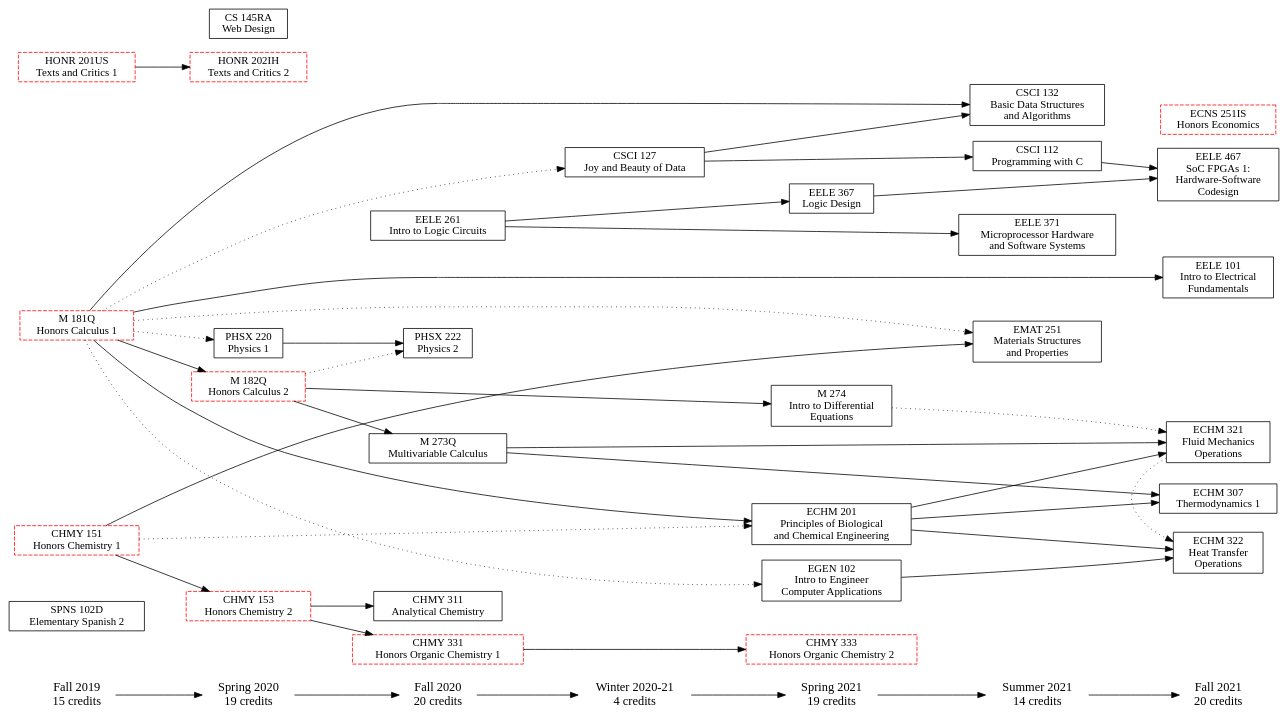
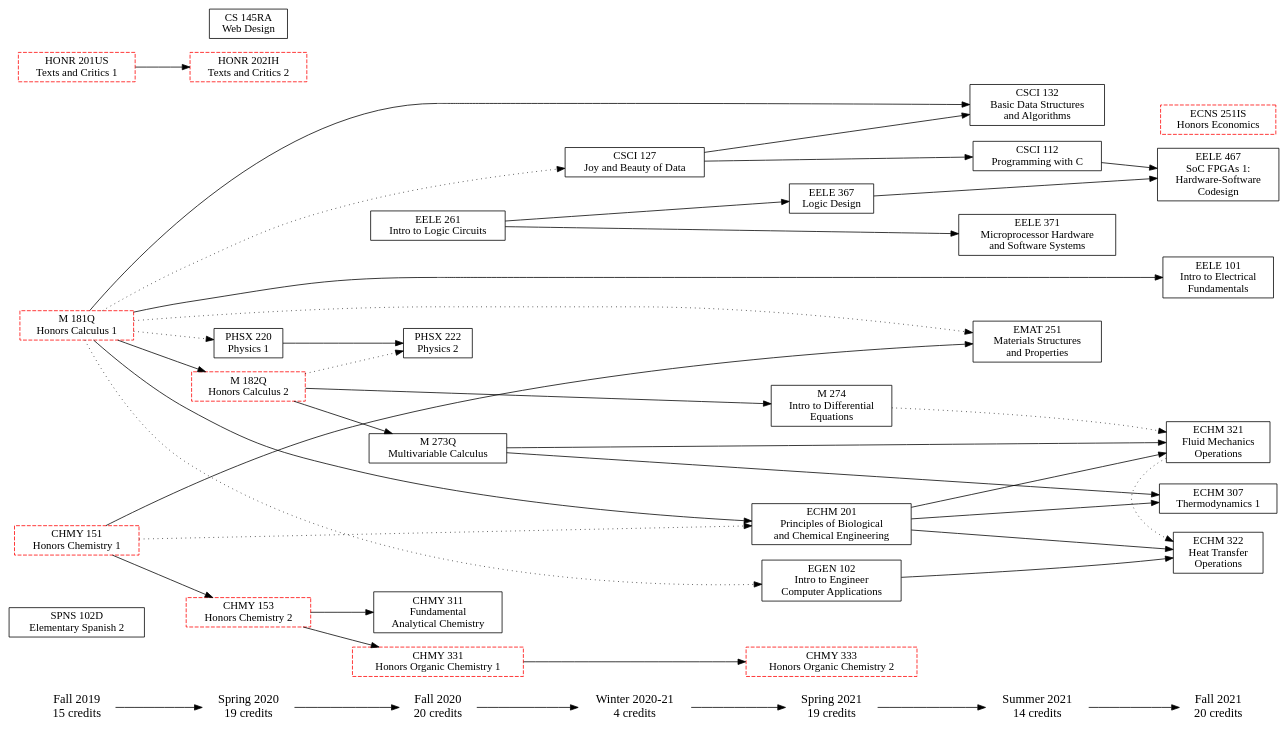
The diagram in graph.gv (w-culhane/courses-flowchart), drawn with Graphviz before and after one commit.

Commit message:
Tweak course label

```diff
--- a/graph.gv
+++ b/graph.gv
@@ -1,125 +1,125 @@
 digraph courses {
     ranksep=.75; rankdir=LR;
 
     {node [shape=plaintext,fontsize=16];
         "Fall 2019" -> "Spring 2020" -> "Fall 2020" -> "Winter 2020-21"
         -> "Spring 2021" -> "Summer 2021" -> "Fall 2021";
     }
 
     "Fall 2019" [label="\N\n15 credits"]
     "Spring 2020" [label="\N\n19 credits"]
     "Fall 2020" [label="\N\n20 credits"]
     "Winter 2020-21" [label="\N\n4 credits"]
     "Spring 2021" [label="\N\n19 credits"]
     "Summer 2021" [label="\N\n14 credits"]
     "Fall 2021" [label="\N\n20 credits"]
 
     {node [shape=box];
         { rank = same; "Fall 2019"; "SPNS 102D"; "M 181Q"; "HONR 201US"; "CHMY 151"; }
         { rank = same; "Spring 2020"; "PHSX 220"; "M 182Q"; "HONR 202IH"; "CS 145RA"; "CHMY 153"; }
         { rank = same; "Fall 2020"; "PHSX 222"; "M 273Q"; "EELE 261"; "CHMY 331"; "CHMY 311"; }
         { rank = same; "Winter 2020-21"; "CSCI 127"; }
         { rank = same; "Spring 2021"; "M 274"; "EGEN 102"; "EELE 367"; "ECHM 201"; "CHMY 333"; }
         { rank = same; "Summer 2021"; "EMAT 251"; "EELE 371"; "CSCI 132"; "CSCI 112"; }
         { rank = same; "Fall 2021"; "EELE 467"; "EELE 101"; "ECNS 251IS"; "ECHM 322"; "ECHM 321"; "ECHM 307"; }
     }
 
     // Honors classes
     "CHMY 151"   [color=red,style=dashed]
     "CHMY 153"   [color=red,style=dashed]
     "CHMY 331"   [color=red,style=dashed]
     "CHMY 333"   [color=red,style=dashed]
     "HONR 201US" [color=red,style=dashed]
     "HONR 202IH" [color=red,style=dashed]
     "M 181Q"     [color=red,style=dashed]
     "M 182Q"     [color=red,style=dashed]
     "ECNS 251IS" [color=red,style=dashed]
 
     // Course labels
 
     // Fall 2019
     "CHMY 151"   [label="\N\nHonors Chemistry 1"]
     "HONR 201US" [label="\N\nTexts and Critics 1"]
     "M 181Q"     [label="\N\nHonors Calculus 1"]
     "SPNS 102D"  [label="\N\nElementary Spanish 2"]
 
     // Spring 2020
     "CHMY 153"   [label="\N\nHonors Chemistry 2"]
     "CS 145RA"   [label="\N\nWeb Design"]
     "HONR 202IH" [label="\N\nTexts and Critics 2"]
     "M 182Q"     [label="\N\nHonors Calculus 2"]
     "PHSX 220"   [label="\N\nPhysics 1"]
 
     // Fall 2020
-    "CHMY 311"   [label="\N\nAnalytical Chemistry"]
+    "CHMY 311"   [label="\N\nFundamental\nAnalytical Chemistry"]
     "CHMY 331"   [label="\N\nHonors Organic Chemistry 1"]
     "EELE 261"   [label="\N\nIntro to Logic Circuits"]
     "M 273Q"     [label="\N\nMultivariable Calculus"]
     "PHSX 222"   [label="\N\nPhysics 2"]
 
     // Winter 2020-21
     "CSCI 127"   [label="\N\nJoy and Beauty of Data"]
 
     // Spring 2021
     "CHMY 333"  [label="\N\nHonors Organic Chemistry 2"]
     "ECHM 201"  [label="\N\nPrinciples of Biological\nand Chemical Engineering"]
     "EELE 367"  [label="\N\nLogic Design"]
     "EGEN 102"  [label="\N\nIntro to Engineer\nComputer Applications"]
     "M 274"     [label="\N\nIntro to Differential\nEquations"]
 
     // Summer 2021
     "CSCI 112" [label="\N\nProgramming with C"]
     "CSCI 132" [label="\N\nBasic Data Structures\nand Algorithms"]
     "EELE 371" [label="\N\nMicroprocessor Hardware\nand Software Systems"]
     "EMAT 251" [label="\N\nMaterials Structures\nand Properties"]
 
     // Fall 2021
     "ECHM 307" [label="\N\nThermodynamics 1"]
     "ECHM 321" [label="\N\nFluid Mechanics\nOperations"]
     "ECHM 322" [label="\N\nHeat Transfer\nOperations"]
     "ECNS 251IS" [label="\N\nHonors Economics"]
     "EELE 101" [label="\N\nIntro to Electrical\nFundamentals"]
     "EELE 467" [label="\N\nSoC FPGAs 1:\nHardware-Software\nCodesign"]
 
     // Course pre- & co- requisites
 
     // Spring 2020
     "CHMY 151" -> "CHMY 153";
     "HONR 201US" -> "HONR 202IH";
     "M 181Q" -> "M 182Q";
     "M 181Q" -> "PHSX 220" [style=dotted];
 
     // Fall 2020
     "CHMY 153" -> { "CHMY 311" "CHMY 331" };
     "M 182Q" -> "M 273Q";
     "M 182Q" -> "PHSX 222" [style=dotted];
     "PHSX 220" -> "PHSX 222";
 
     // Winter 2020-21
     "M 181Q" -> "CSCI 127" [style=dotted];
 
     // Spring 2021
     "CHMY 151" -> "ECHM 201" [style=dotted];
     "CHMY 331" -> "CHMY 333";
     "EELE 261" -> "EELE 367";
     "M 181Q" -> "ECHM 201";
     "M 181Q" -> "EGEN 102" [style=dotted];
     "M 182Q" -> "M 274";
 
     // Summer 2021
     "CHMY 151" -> "EMAT 251";
     "CSCI 127" -> { "CSCI 112" "CSCI 132" };
     "EELE 261" -> "EELE 371";
     "M 181Q" -> "CSCI 132";
     "M 181Q" -> "EMAT 251" [style=dotted];
 
     // Fall 2021
     "CSCI 112" -> "EELE 467";
     "ECHM 201" -> { "ECHM 307" "ECHM 321" "ECHM 322" };
     "ECHM 321" -> "ECHM 322" [style=dotted];
     "EELE 367" -> "EELE 467";
     "EGEN 102" -> "ECHM 322";
     "M 181Q" -> "EELE 101";
     "M 273Q" -> { "ECHM 307" "ECHM 321" };
     "M 274" -> "ECHM 321" [style=dotted];
 }
```
